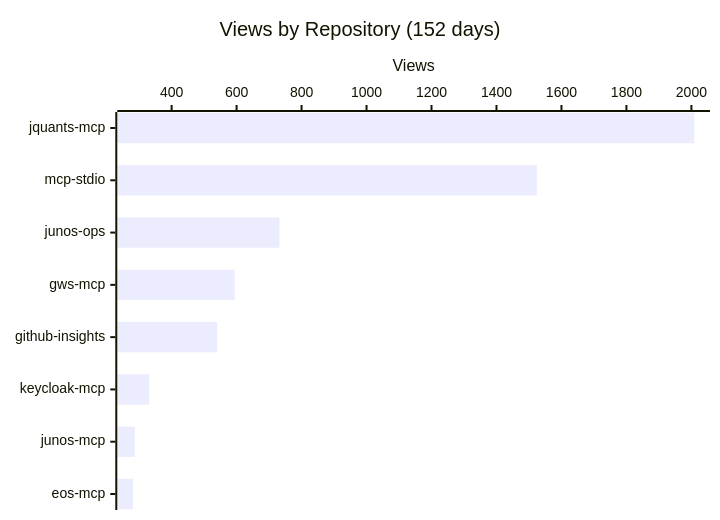
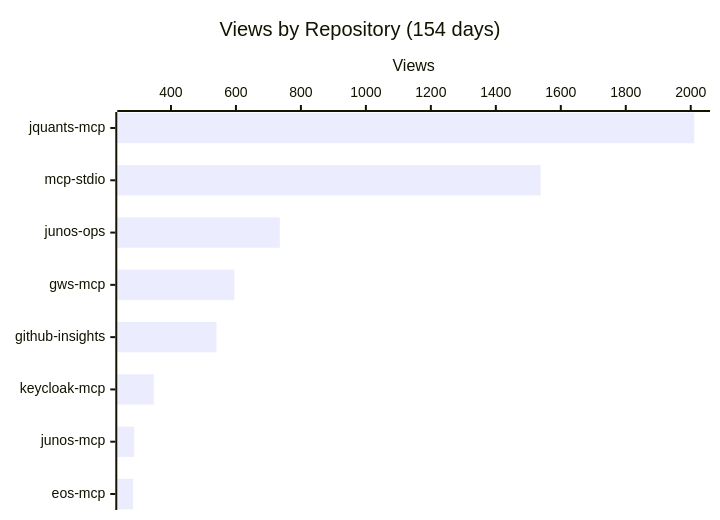
One commit to shigechika/github-insights changed the first of 4 diagrams in README.md. Above: the diagram before and after it, drawn with Mermaid. The commit also changed other lines of this file and 2 other files, not shown here.

````diff
--- a/README.md
+++ b/README.md
@@ -18,7 +18,7 @@
 ```mermaid
 xychart-beta horizontal
-    title "Views by Repository (152 days)"
+    title "Views by Repository (154 days)"
     x-axis ["jquants-mcp", "mcp-stdio", "junos-ops", "gws-mcp", "github-insights", "keycloak-mcp", "junos-mcp", "eos-mcp"]
     y-axis "Views"
-    bar [2009, 1524, 732, 594, 540, 331, 287, 281]
+    bar [2011, 1538, 735, 595, 540, 347, 287, 283]
 ```
````
